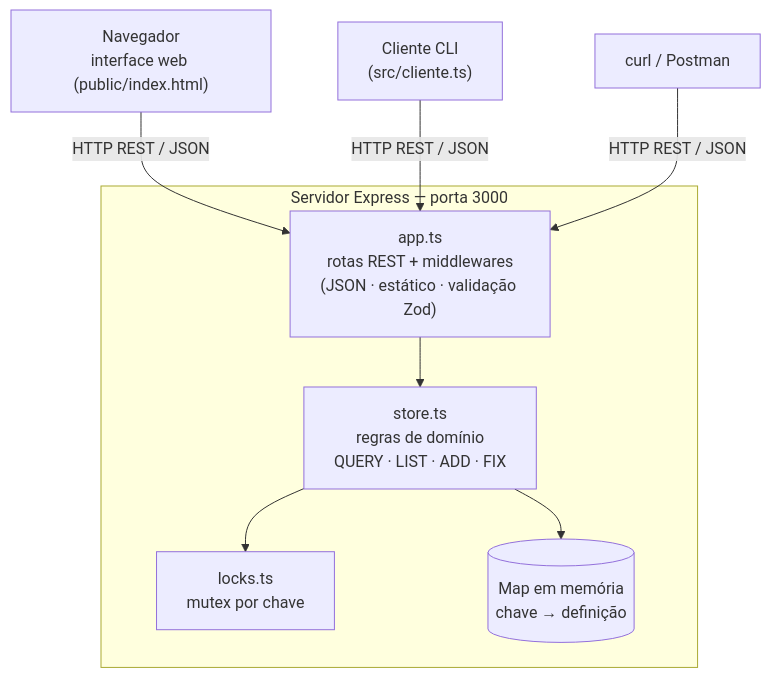
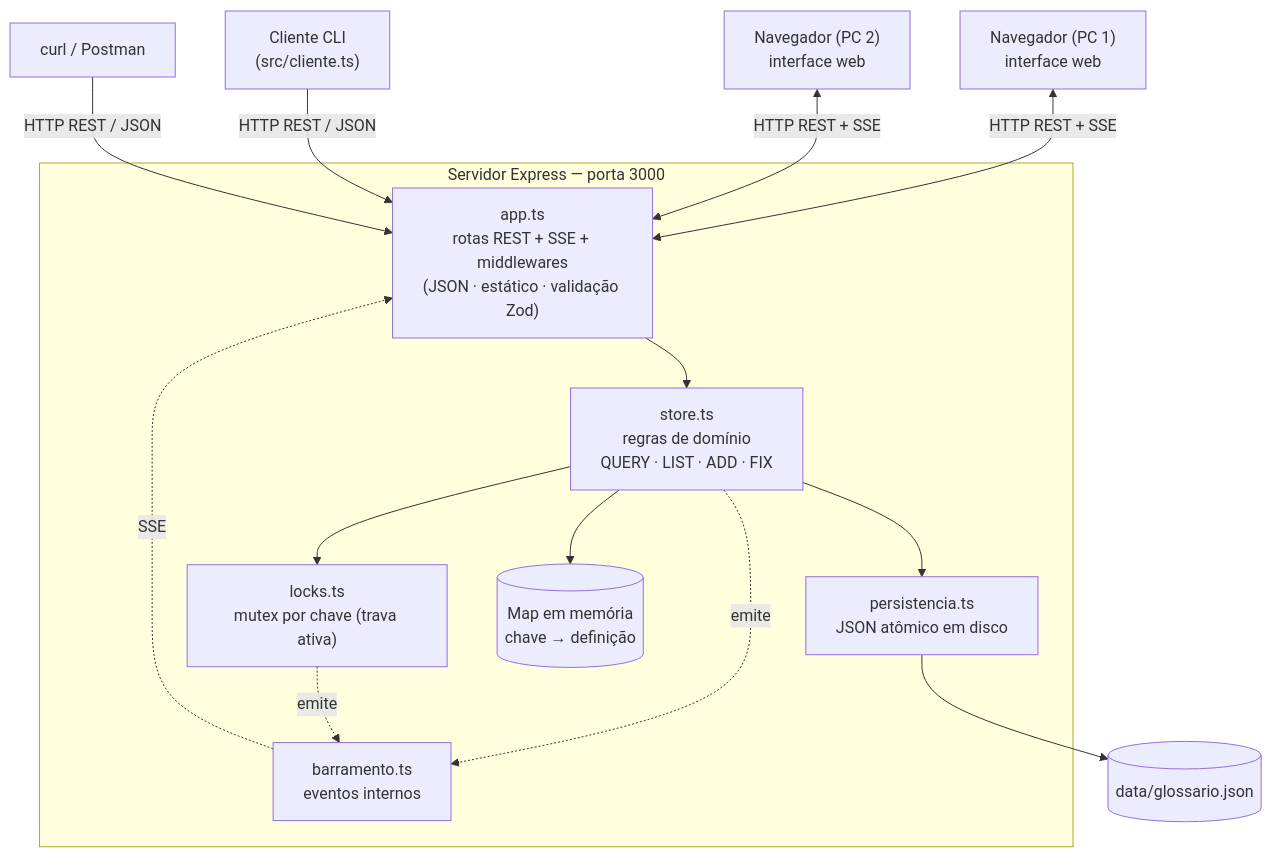
The first of 4 diagrams in README.md (Monkius-Maximus/redescompt2026), drawn with Mermaid before and after one commit. The commit also changed other lines of this file and 10 other files, not shown here.

````diff
--- a/README.md
+++ b/README.md
@@ -35,20 +55,31 @@
 ```mermaid
 flowchart TD
-    UI["Navegador<br/>interface web (public/index.html)"]
+    UI1["Navegador (PC 1)<br/>interface web"]
+    UI2["Navegador (PC 2)<br/>interface web"]
     CLI["Cliente CLI<br/>(src/cliente.ts)"]
     CURL["curl / Postman"]
 
     subgraph Servidor["Servidor Express — porta 3000"]
-        APP["app.ts<br/>rotas REST + middlewares<br/>(JSON · estático · validação Zod)"]
+        APP["app.ts<br/>rotas REST + SSE + middlewares<br/>(JSON · estático · validação Zod)"]
         STORE["store.ts<br/>regras de domínio<br/>QUERY · LIST · ADD · FIX"]
-        LOCK["locks.ts<br/>mutex por chave"]
+        LOCK["locks.ts<br/>mutex por chave (trava ativa)"]
+        BUS["barramento.ts<br/>eventos internos"]
+        PERS["persistencia.ts<br/>JSON atômico em disco"]
         MAP[("Map em memória<br/>chave → definição")]
         APP --> STORE
         STORE --> LOCK
         STORE --> MAP
+        STORE --> PERS
+        STORE -. emite .-> BUS
+        LOCK -. emite .-> BUS
+        BUS -. SSE .-> APP
     end
 
-    UI -->|HTTP REST / JSON| APP
+    DISCO[("data/glossario.json")]
+    PERS --> DISCO
+
+    UI1 <-->|HTTP REST + SSE| APP
+    UI2 <-->|HTTP REST + SSE| APP
     CLI -->|HTTP REST / JSON| APP
     CURL -->|HTTP REST / JSON| APP
 ```
````
